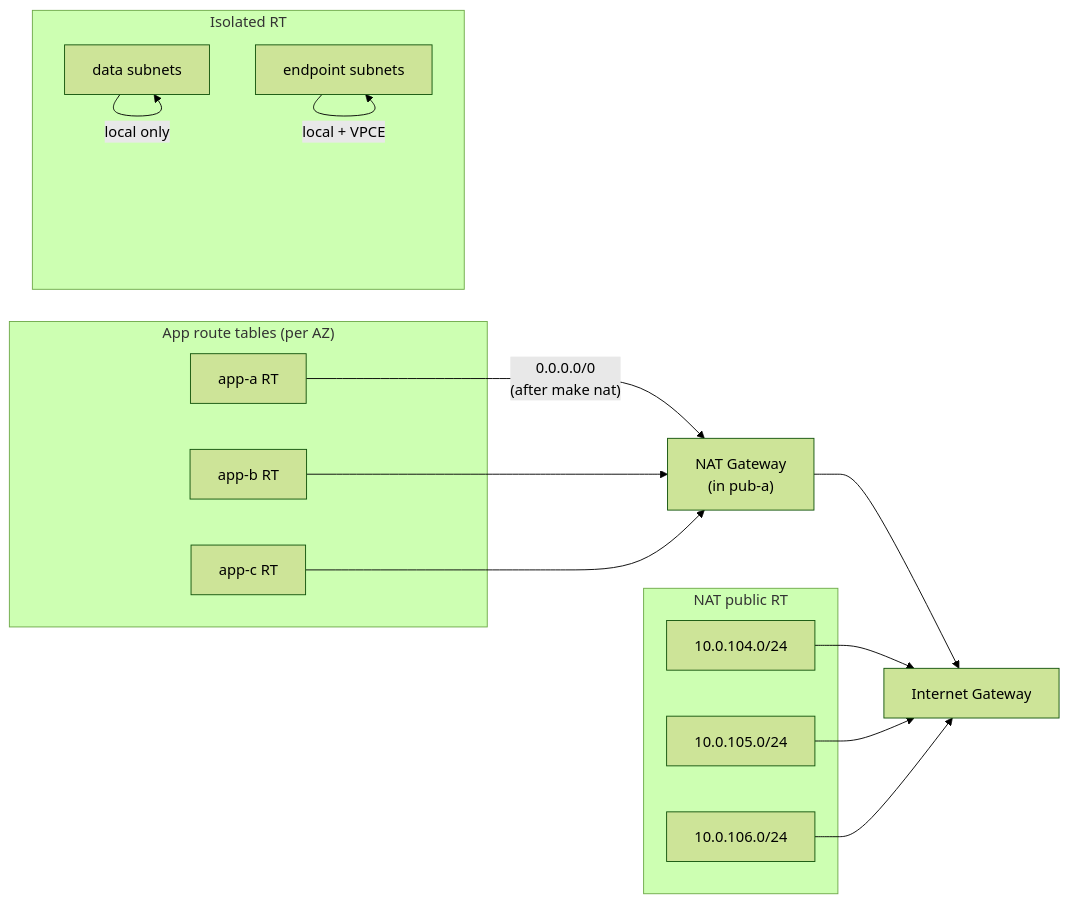
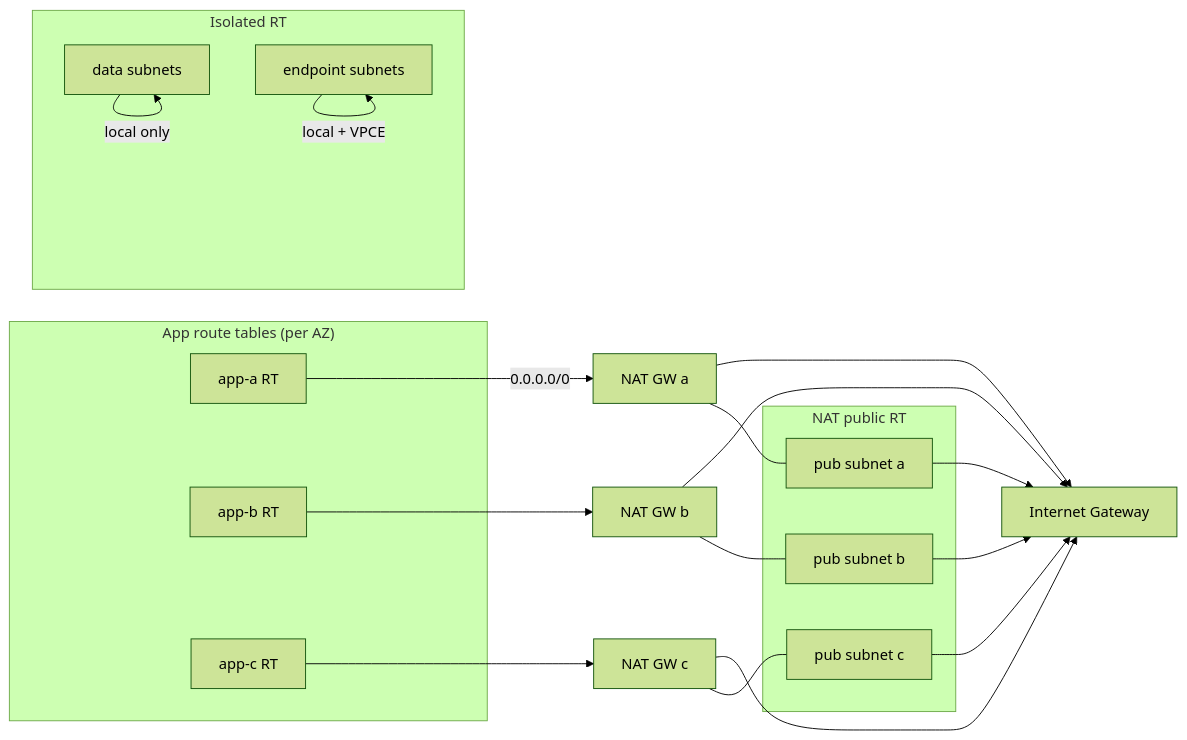
One commit to evyatare92/aws-project changed the first of 2 diagrams in docs/architecture/network-and-routing.md. Above: the diagram before and after it, drawn with Mermaid (forest theme). The commit also changed other lines of this file and 10 other files, not shown here.

````diff
--- a/docs/architecture/network-and-routing.md
+++ b/docs/architecture/network-and-routing.md
@@ -34,34 +34,41 @@
 ```mermaid
 flowchart LR
   subgraph AppRT["App route tables (per AZ)"]
     AppA["app-a RT"]
     AppB["app-b RT"]
     AppC["app-c RT"]
   end
 
   subgraph IsolatedRT["Isolated RT"]
     Data["data subnets"]
     EP["endpoint subnets"]
   end
 
   subgraph PublicRT["NAT public RT"]
-    PubA["10.0.104.0/24"]
-    PubB["10.0.105.0/24"]
-    PubC["10.0.106.0/24"]
+    PubA["pub subnet a"]
+    PubB["pub subnet b"]
+    PubC["pub subnet c"]
   end
 
   IGW["Internet Gateway"]
-  NAT["NAT Gateway\n(in pub-a)"]
+  NATA["NAT GW a"]
+  NATB["NAT GW b"]
+  NATC["NAT GW c"]
 
-  AppA -->|"0.0.0.0/0\n(after make nat)"| NAT
-  AppB --> NAT
-  AppC --> NAT
-  NAT --> IGW
+  AppA -->|"0.0.0.0/0"| NATA
+  AppB --> NATB
+  AppC --> NATC
+  NATA --> IGW
+  NATB --> IGW
+  NATC --> IGW
+  NATA --- PubA
+  NATB --- PubB
+  NATC --- PubC
 
   PubA --> IGW
   PubB --> IGW
   PubC --> IGW
 
   Data -->|"local only"| Data
   EP -->|"local + VPCE"| EP
 ```
````
